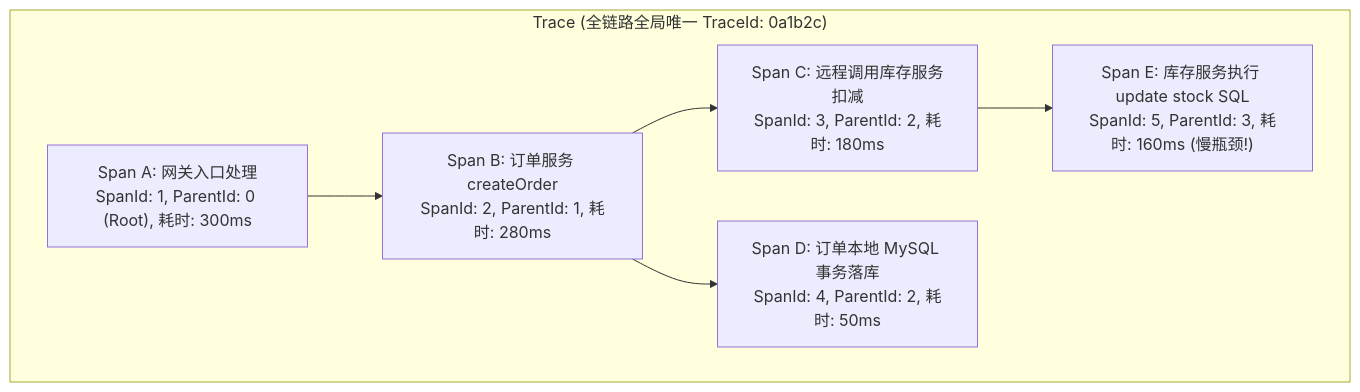
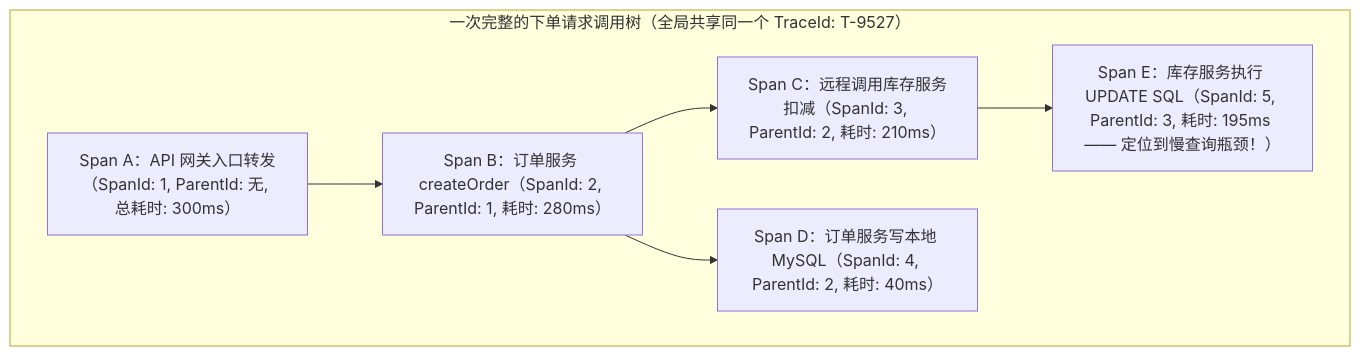
One commit to GuoWWWX/knowledge-base changed the first of 4 diagrams in 20-Java后端/07-分布式与微服务/08-链路追踪.md. Above: the diagram before and after it, drawn with Mermaid. The commit also changed other lines of this file and 251 other files, not shown here.

````diff
--- a/20-Java后端/07-分布式与微服务/08-链路追踪.md
+++ b/20-Java后端/07-分布式与微服务/08-链路追踪.md
@@ -30,17 +39,15 @@
 ```mermaid
 flowchart TD
-    subgraph 一次完整的调用链["Trace (全链路全局唯一 TraceId: 0a1b2c)"]
-        SpanA["Span A: 网关入口处理<br/>SpanId: 1, ParentId: 0 (Root), 耗时: 300ms"]
-        
-        SpanB["Span B: 订单服务 createOrder<br/>SpanId: 2, ParentId: 1, 耗时: 280ms"]
+    subgraph TraceTree["一次完整的下单请求调用树（全局共享同一个 TraceId: T-9527）"]
+        SpanA["Span A：API 网关入口转发（SpanId: 1, ParentId: 无, 总耗时: 300ms）"]
+        SpanB["Span B：订单服务 createOrder（SpanId: 2, ParentId: 1, 耗时: 280ms）"]
+        SpanC["Span C：远程调用库存服务扣减（SpanId: 3, ParentId: 2, 耗时: 210ms）"]
+        SpanD["Span D：订单服务写本地 MySQL（SpanId: 4, ParentId: 2, 耗时: 40ms）"]
+        SpanE["Span E：库存服务执行 UPDATE SQL（SpanId: 5, ParentId: 3, 耗时: 195ms —— 定位到慢查询瓶颈！）"]
+
         SpanA --> SpanB
-        
-        SpanC["Span C: 远程调用库存服务扣减<br/>SpanId: 3, ParentId: 2, 耗时: 180ms"]
-        SpanD["Span D: 订单本地 MySQL 事务落库<br/>SpanId: 4, ParentId: 2, 耗时: 50ms"]
         SpanB --> SpanC
         SpanB --> SpanD
-
-        SpanE["Span E: 库存服务执行 update stock SQL<br/>SpanId: 5, ParentId: 3, 耗时: 160ms (慢瓶颈!)"]
         SpanC --> SpanE
     end
 ```
````
